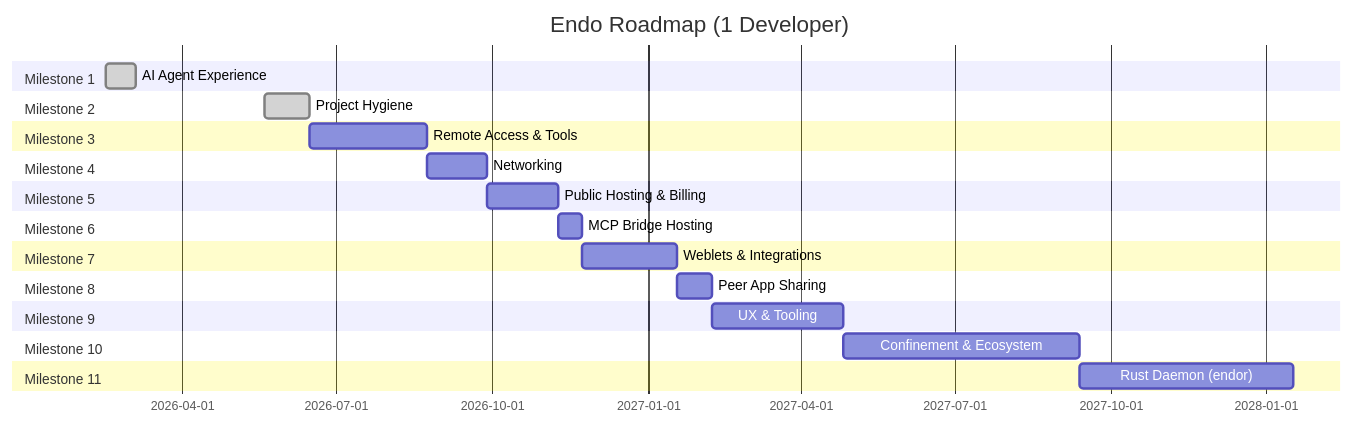
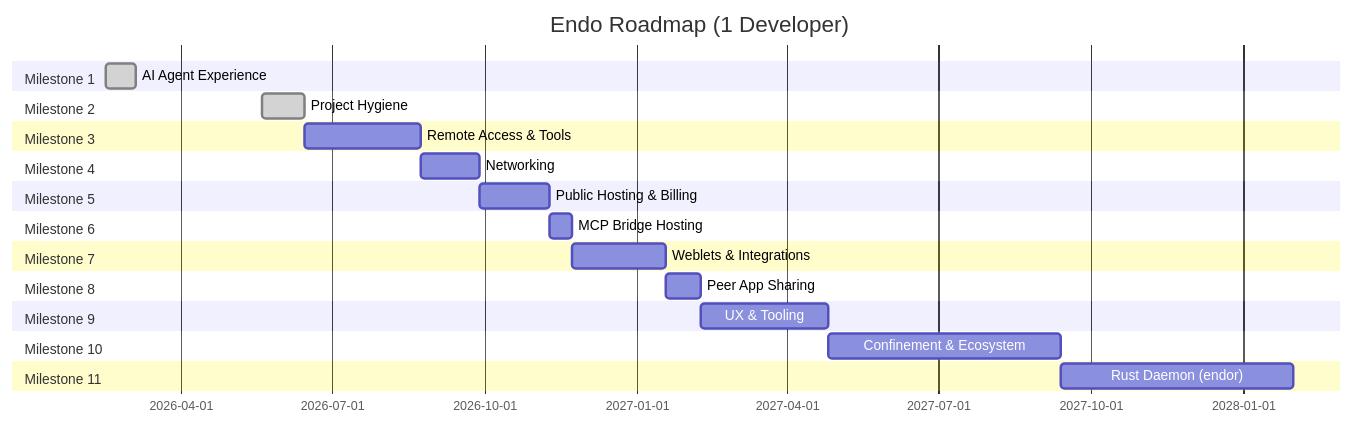
Before and after one commit to endojs/endo-but-for-bots: the second of 2 diagrams in designs/README.md, drawn with Mermaid. The commit also changed other lines of this file and 1 other file, not shown here.

Commit message:
docs: design Endor registry mapper worker

````diff
--- a/designs/README.md
+++ b/designs/README.md
@@ -1475,38 +1495,38 @@
 ```mermaid
 gantt
     title Endo Roadmap (1 Developer)
     dateFormat YYYY-MM-DD
 
     section Milestone 1
     AI Agent Experience           :done, m1, 2026-02-15, 2026-03-05
 
     section Milestone 2
     Project Hygiene               :done, m2, 2026-05-20, 2026-06-15
 
     section Milestone 3
     Remote Access & Tools         :m3, after m2, 10w
 
     section Milestone 4
     Networking                    :m4, after m3, 5w
 
     section Milestone 5
     Public Hosting & Billing      :m5, after m4, 6w
 
     section Milestone 6
     MCP Bridge Hosting            :m6, after m5, 2w
 
     section Milestone 7
     Weblets & Integrations        :m7, after m6, 8w
 
     section Milestone 8
     Peer App Sharing              :m8, after m7, 3w
 
     section Milestone 9
     UX & Tooling                  :m9, after m8, 11w
 
     section Milestone 10
     Confinement & Ecosystem       :m10, after m9, 20w
 
     section Milestone 11
-    Rust Daemon (endor)           :m11, after m10, 18w
+    Rust Daemon (endor)           :m11, after m10, 20w
 ```
````
